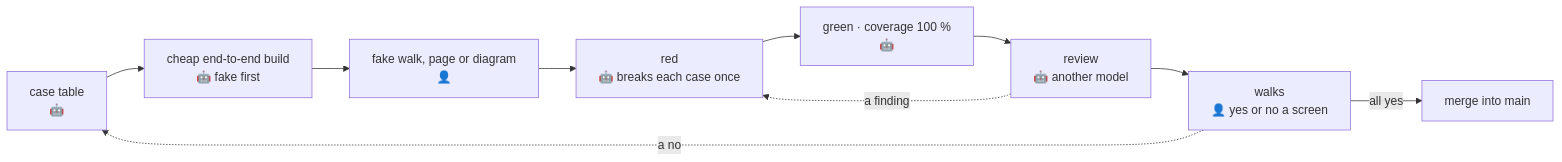
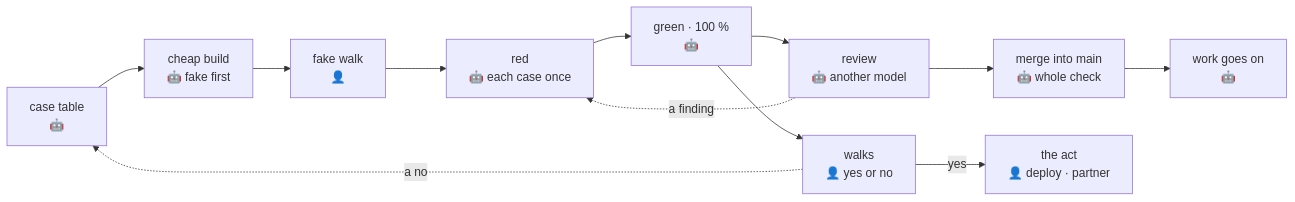
Before and after one commit to ancJ29/credo: the diagram in docs/conventions/qa.md, drawn with Mermaid. The commit also changed other lines of this file and 2 other files, not shown here.

First line of the commit message:
docs(conventions): a look is not a gate, one Last amended line, and what a package's gate is

````diff
--- a/docs/conventions/qa.md
+++ b/docs/conventions/qa.md
@@ -18,11 +15,13 @@
 ```mermaid
 flowchart LR
-  table["case table<br/>🤖"] --> cheap["cheap end-to-end build<br/>🤖 fake first"]
-  cheap --> look["fake walk, page or diagram<br/>👤"] --> red["red<br/>🤖 breaks each case once"]
-  red --> green["green · coverage 100 %<br/>🤖"]
+  table["case table<br/>🤖"] --> cheap["cheap build<br/>🤖 fake first"]
+  cheap --> look["fake walk<br/>👤"] --> red["red<br/>🤖 each case once"]
+  red --> green["green · 100 %<br/>🤖"]
   green --> review["review<br/>🤖 another model"]
-  review --> walks["walks<br/>👤 yes or no a screen"]
-  walks -- "all yes" --> merge["merge into main"]
+  review --> merge["merge into main<br/>🤖 whole check"]
+  merge --> on["work goes on<br/>🤖"]
+  green --> walks["walks<br/>👤 yes or no"]
+  walks -- yes --> act["the act<br/>👤 deploy · partner"]
   review -. a finding .-> red
   walks -. a no .-> table
 ```
````
